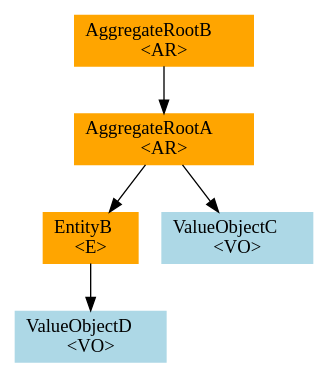
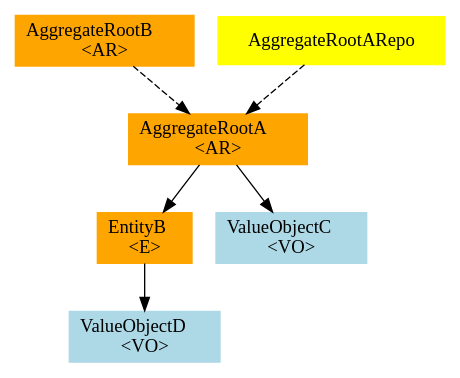
Before and after one commit to newlee/tequila: the diagram in examples/step2-problem.dot, drawn with Graphviz. The commit also changed 10 other files, not shown here.

```diff
--- a/examples/step2-problem.dot
+++ b/examples/step2-problem.dot
@@ -1,13 +1,15 @@
 digraph g {
 	node[style = filled, color = orange];
 
 	AggregateRootA[label="AggregateRootA\l<AR>", comment=AR, shape=box]
 	AggregateRootB[label="AggregateRootB\l<AR>", comment=AR, shape=box]
 	EntityB[label="EntityB\l<E>", comment=E, shape=box]
 	ValueObjectC[label="ValueObjectC\l<VO>", comment=VO, shape=box, color=lightblue]
 	ValueObjectD[label="ValueObjectD\l<VO>", comment=VO, shape=box, color=lightblue]
+	AggregateRootARepo[label="AggregateRootARepo", comment=Repo, shape=box, color=yellow]
 	AggregateRootA -> EntityB
 	AggregateRootA -> ValueObjectC
 	EntityB -> ValueObjectD
-	AggregateRootB -> AggregateRootA
+	AggregateRootB -> AggregateRootA[style="dashed"]
+	AggregateRootARepo -> AggregateRootA[style="dashed"]
 }
```
